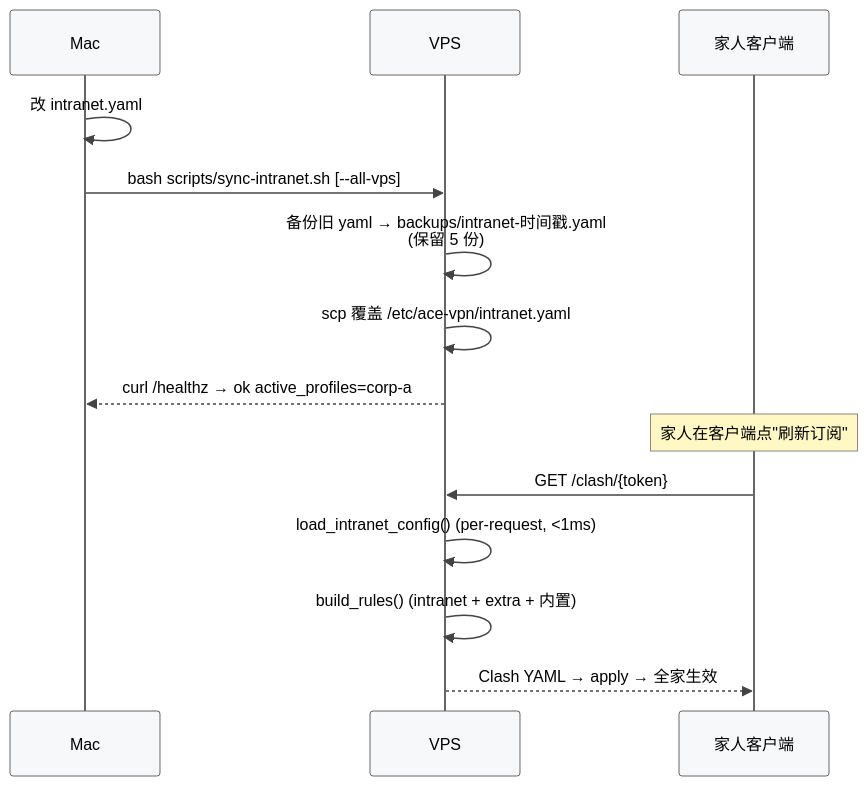
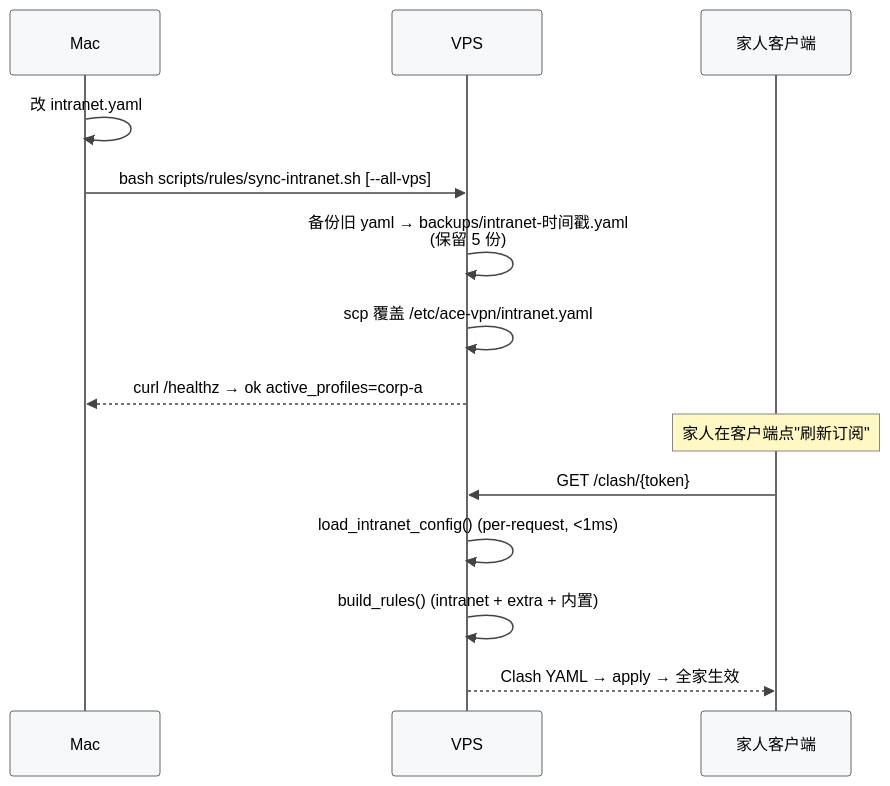
Before and after one commit to xiaonancs/ace-vpn: the second of 6 diagrams in docs/ACE架构设计.md, drawn with Mermaid. The commit also changed other lines of this file and 31 other files, not shown here.

````diff
--- a/docs/ACE架构设计.md
+++ b/docs/ACE架构设计.md
@@ -118,17 +118,17 @@
 ```mermaid
 %%{init: {"theme": "base", "themeCSS": "svg { background: #ffffff !important; } .label, .messageText, .loopText, .noteText, text { color: #000000 !important; fill: #000000 !important; }", "themeVariables": {"background": "#ffffff", "mainBkg": "#ffffff", "primaryColor": "#ffffff", "primaryTextColor": "#000000", "primaryBorderColor": "#333333", "lineColor": "#444444", "actorBkg": "#f6f8fa", "actorBorder": "#666666", "actorTextColor": "#000000", "activationBkgColor": "#ffffff", "activationBorderColor": "#333333", "noteBkgColor": "#fff8c5", "noteBorderColor": "#888888", "noteTextColor": "#000000", "signalColor": "#444444", "signalTextColor": "#000000"}}}%%
 sequenceDiagram
     participant Mac
     participant VPS
     participant Cli as 家人客户端
     Mac->>Mac: 改 intranet.yaml
-    Mac->>VPS: bash scripts/sync-intranet.sh [--all-vps]
+    Mac->>VPS: bash scripts/rules/sync-intranet.sh [--all-vps]
     VPS->>VPS: 备份旧 yaml → backups/intranet-时间戳.yaml<br/>(保留 5 份)
     VPS->>VPS: scp 覆盖 /etc/ace-vpn/intranet.yaml
     VPS-->>Mac: curl /healthz → ok active_profiles=corp-a
     Note over Cli: 家人在客户端点"刷新订阅"
     Cli->>VPS: GET /clash/{token}
     VPS->>VPS: load_intranet_config() (per-request, <1ms)
     VPS->>VPS: build_rules() (intranet + extra + 内置)
     VPS-->>Cli: Clash YAML → apply → 全家生效
 ```
````
